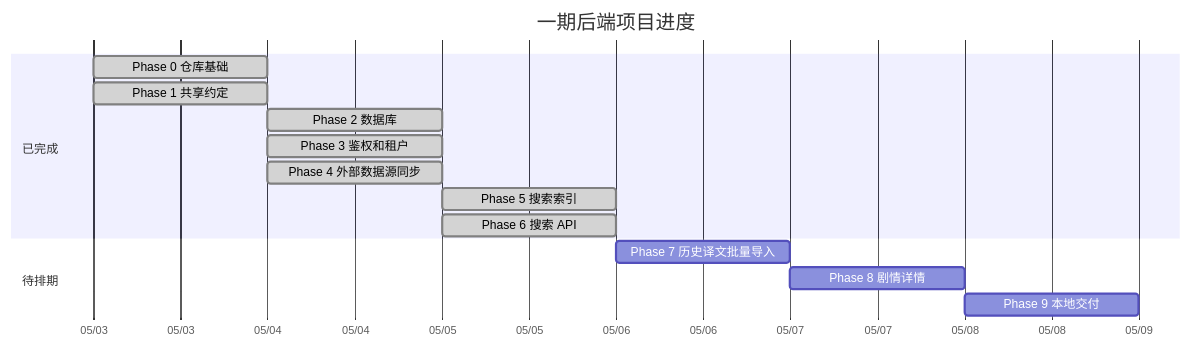
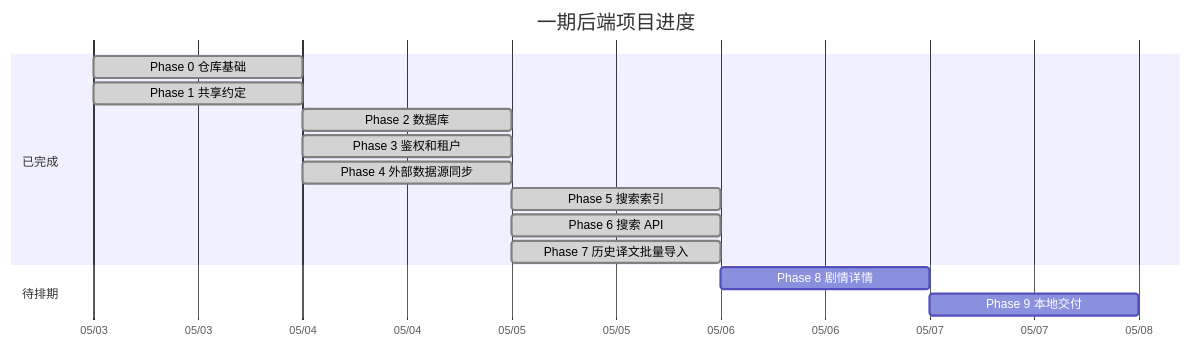
One commit to Cinea4678/SekaiPlatform changed the diagram in README.md. Above: the diagram before and after it, drawn with Mermaid. The commit also changed other lines of this file and 20 other files, not shown here.

````diff
--- a/README.md
+++ b/README.md
@@ -9,20 +9,20 @@
 ```mermaid
 gantt
     title 一期后端项目进度
     dateFormat  YYYY-MM-DD
     axisFormat  %m/%d
 
     section 已完成
     Phase 0 仓库基础           :done, p0, 2026-05-03, 1d
     Phase 1 共享约定           :done, p1, 2026-05-03, 1d
     Phase 2 数据库             :done, p2, 2026-05-04, 1d
     Phase 3 鉴权和租户         :done, p3, 2026-05-04, 1d
     Phase 4 外部数据源同步     :done, p4, 2026-05-04, 1d
     Phase 5 搜索索引           :done, p5, 2026-05-05, 1d
     Phase 6 搜索 API           :done, p6, 2026-05-05, 1d
+    Phase 7 历史译文批量导入   :done, p7, 2026-05-05, 1d
 
     section 待排期
-    Phase 7 历史译文批量导入   :p7, after p6, 1d
     Phase 8 剧情详情           :p8, after p7, 1d
     Phase 9 本地交付           :p9, after p8, 1d
 ```
````
